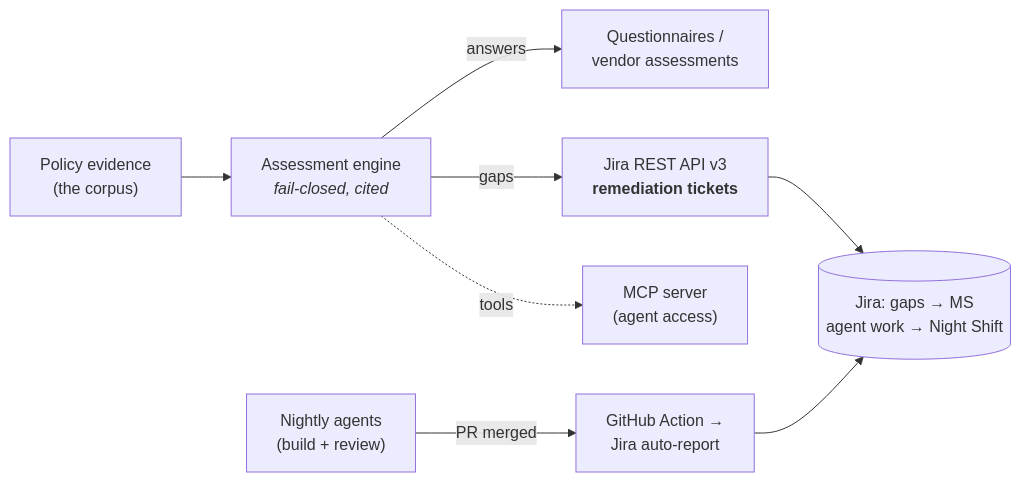
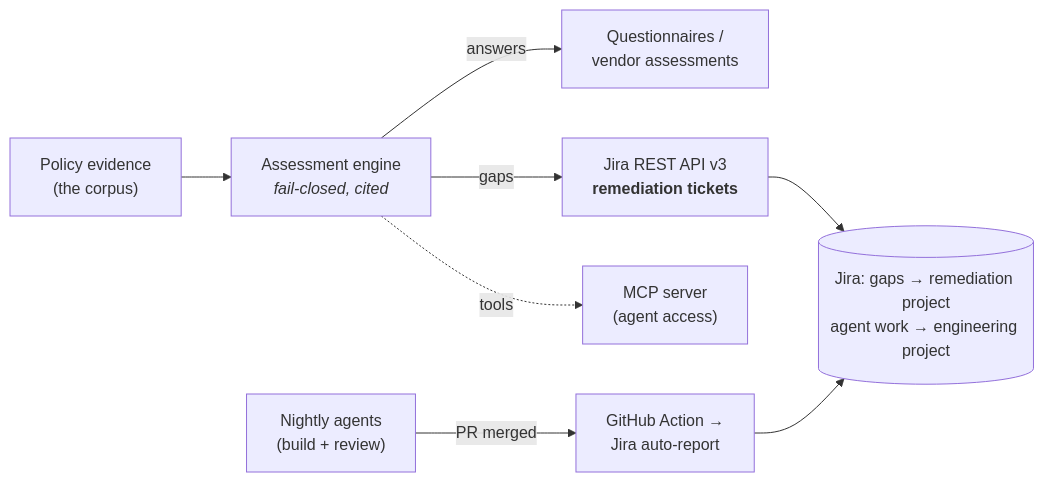
Before and after one commit to Wordups/Midnight-Core: the diagram in demo/README.md, drawn with Mermaid. The commit also changed other lines of this file and 3 other files, not shown here.

````diff
--- a/demo/README.md
+++ b/demo/README.md
@@ -58,10 +53,10 @@
 ```mermaid
 flowchart LR
     E["Policy evidence<br/>(the corpus)"] --> A["Assessment engine<br/><i>fail-closed, cited</i>"]
     A -->|answers| Q["Questionnaires /<br/>vendor assessments"]
     A -->|gaps| J["Jira REST API v3<br/><b>remediation tickets</b>"]
     A -.tools.-> M["MCP server<br/>(agent access)"]
     B["Nightly agents<br/>(build + review)"] -->|PR merged| R["GitHub Action →<br/>Jira auto-report"]
-    J --> JB[("Jira: gaps → MS<br/>agent work → Night Shift")]
+    J --> JB[("Jira: gaps → remediation project<br/>agent work → engineering project")]
     R --> JB
 ```
````
